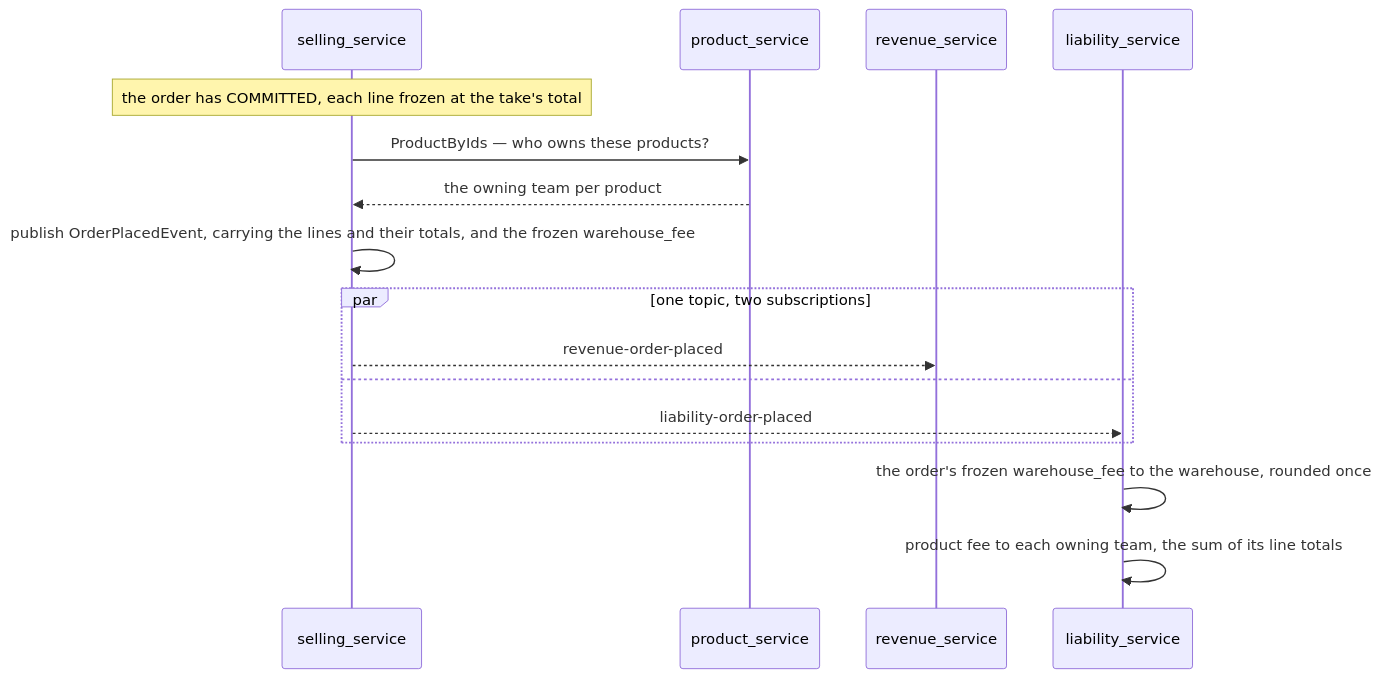
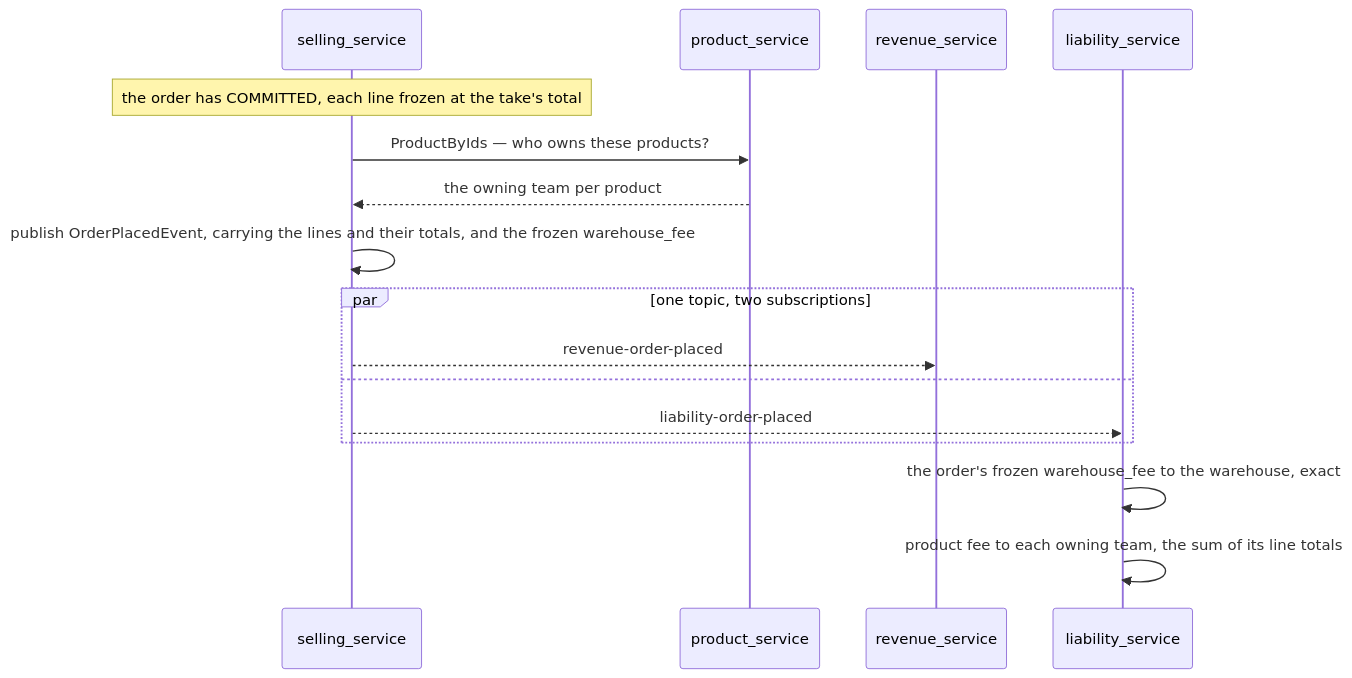
The fourth of 13 diagrams in docs/services/liability_service/rpc.md (pdcgo/warehouse_revamp), drawn with Mermaid before and after one commit. The commit also changed other lines of this file and 445 other files, not shown here.

````diff
--- a/docs/services/liability_service/rpc.md
+++ b/docs/services/liability_service/rpc.md
@@ -154,19 +174,19 @@
 ```mermaid
 sequenceDiagram
     participant S as selling_service
     participant P as product_service
     participant R as revenue_service
     participant T as liability_service
 
     Note over S: the order has COMMITTED, each line frozen at the take's total
     S->>P: ProductByIds — who owns these products?
     P-->>S: the owning team per product
     S->>S: publish OrderPlacedEvent, carrying the lines and their totals, and the frozen warehouse_fee
     par one topic, two subscriptions
         S-->>R: revenue-order-placed
     and
         S-->>T: liability-order-placed
     end
-    T->>T: the order's frozen warehouse_fee to the warehouse, rounded once
+    T->>T: the order's frozen warehouse_fee to the warehouse, exact
     T->>T: product fee to each owning team, the sum of its line totals
 ```
````
